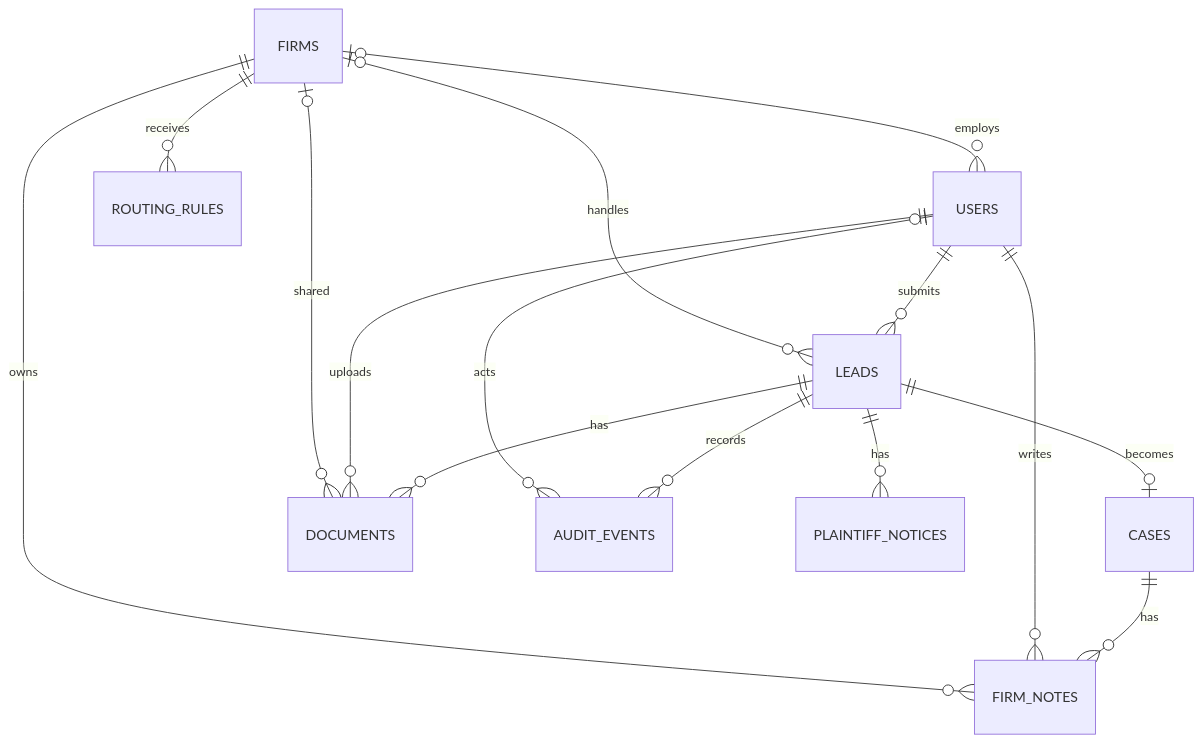
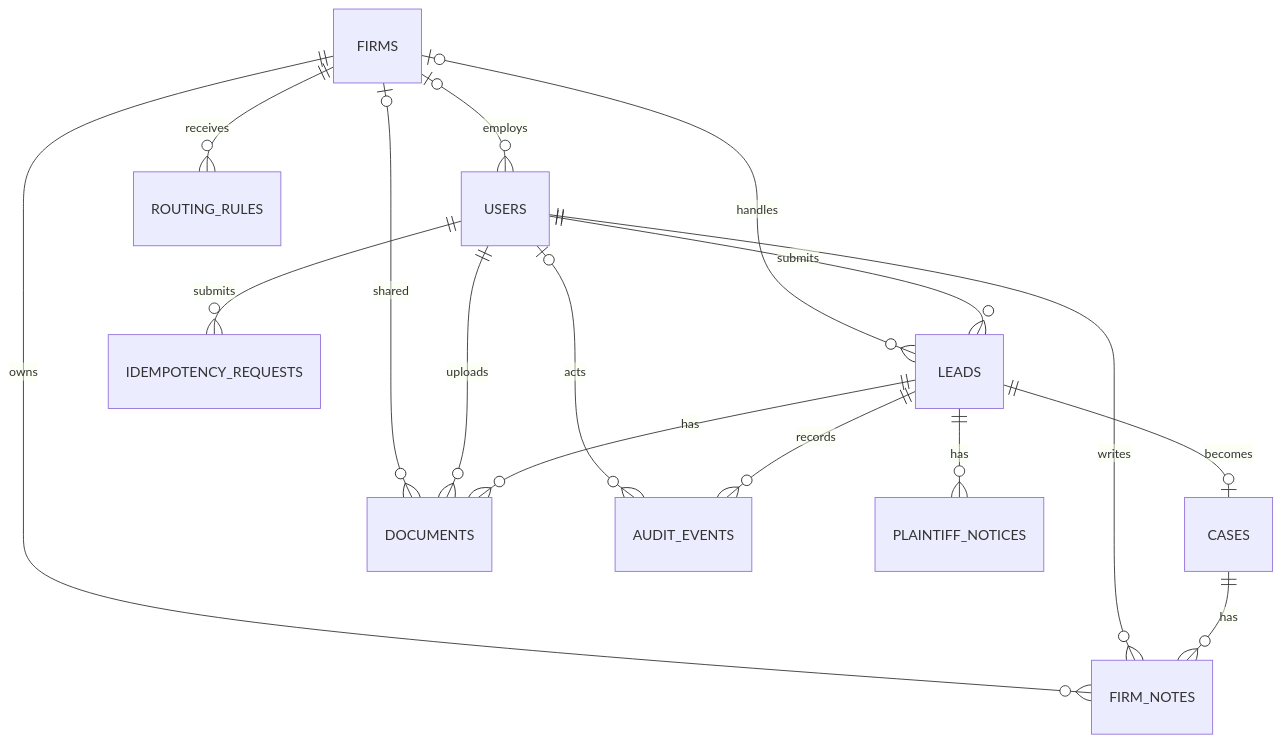
The diagram in docs/data-model.md (sxnnywu/grand-charter), drawn with Mermaid before and after one commit. The commit also changed other lines of this file and 7 other files, not shown here.

````diff
--- a/docs/data-model.md
+++ b/docs/data-model.md
@@ -5,17 +5,18 @@
 ```mermaid
 erDiagram
     FIRMS o|--o{ USERS : employs
     USERS ||--o{ LEADS : submits
     FIRMS o|--o{ LEADS : handles
     LEADS ||--o| CASES : becomes
     LEADS ||--o{ DOCUMENTS : has
     USERS ||--o{ DOCUMENTS : uploads
     FIRMS o|--o{ DOCUMENTS : shared
     CASES ||--o{ FIRM_NOTES : has
     USERS ||--o{ FIRM_NOTES : writes
     FIRMS ||--o{ FIRM_NOTES : owns
     FIRMS ||--o{ ROUTING_RULES : receives
     LEADS ||--o{ AUDIT_EVENTS : records
     USERS o|--o{ AUDIT_EVENTS : acts
     LEADS ||--o{ PLAINTIFF_NOTICES : has
+    USERS ||--o{ IDEMPOTENCY_REQUESTS : submits
 ```
````
